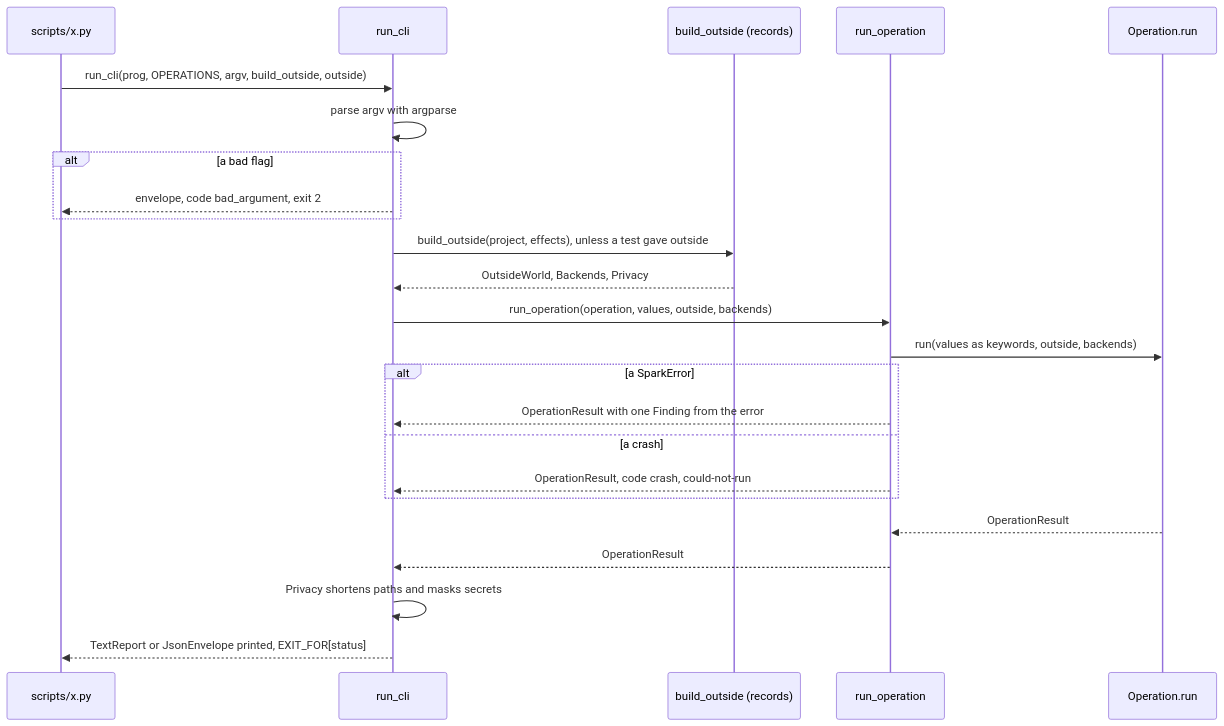
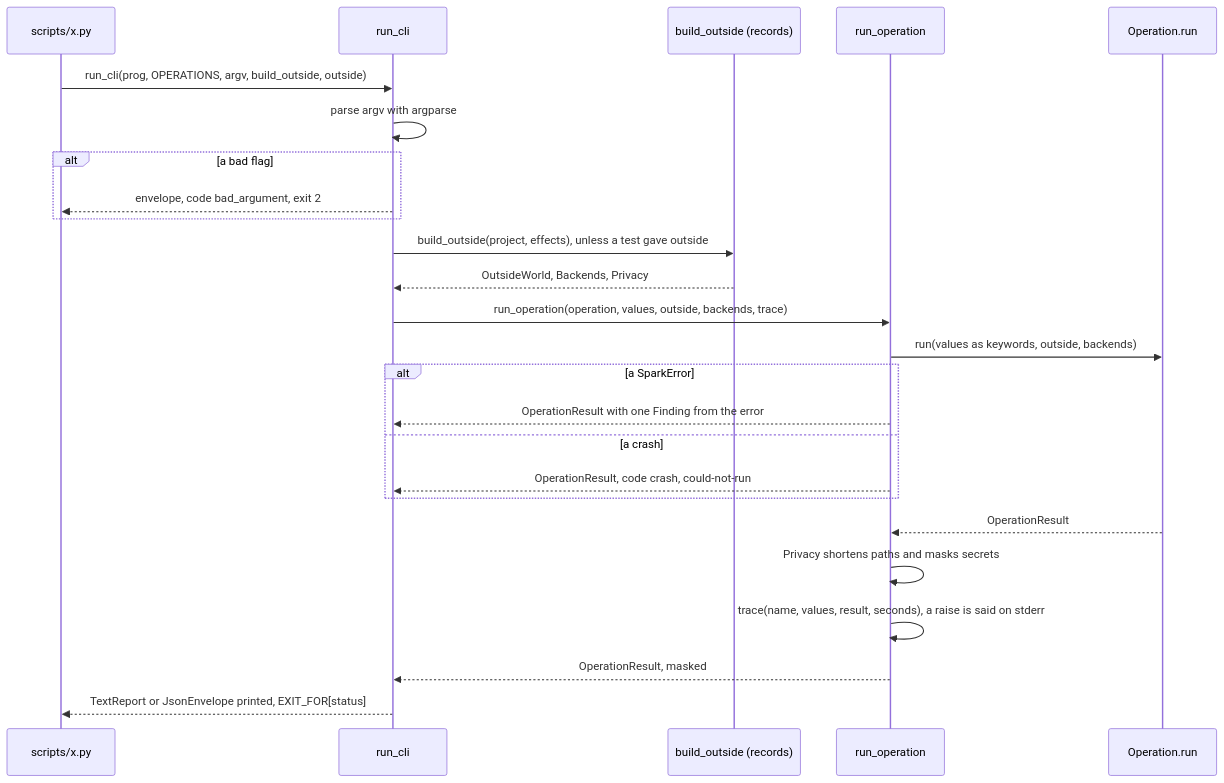
One commit to xmejkal/spark changed the second of 2 diagrams in docs/discovery/2026-10-19-p323-target-architecture/architecture/areas/core.md. Above: the diagram before and after it, drawn with Mermaid. The commit also changed other lines of this file and 13 other files, not shown here.

````diff
--- a/docs/discovery/2026-10-19-p323-target-architecture/architecture/areas/core.md
+++ b/docs/discovery/2026-10-19-p323-target-architecture/architecture/areas/core.md
@@ -116,26 +119,27 @@
 ```mermaid
 sequenceDiagram
   participant CLI as scripts/x.py
   participant RC as run_cli
   participant B as build_outside (records)
   participant RO as run_operation
   participant OP as Operation.run
   CLI->>RC: run_cli(prog, OPERATIONS, argv, build_outside, outside)
   RC->>RC: parse argv with argparse
   alt a bad flag
     RC-->>CLI: envelope, code bad_argument, exit 2
   end
   RC->>B: build_outside(project, effects), unless a test gave outside
   B-->>RC: OutsideWorld, Backends, Privacy
-  RC->>RO: run_operation(operation, values, outside, backends)
+  RC->>RO: run_operation(operation, values, outside, backends, trace)
   RO->>OP: run(values as keywords, outside, backends)
   alt a SparkError
     RO-->>RC: OperationResult with one Finding from the error
   else a crash
     RO-->>RC: OperationResult, code crash, could-not-run
   end
   OP-->>RO: OperationResult
-  RO-->>RC: OperationResult
-  RC->>RC: Privacy shortens paths and masks secrets
+  RO->>RO: Privacy shortens paths and masks secrets
+  RO->>RO: trace(name, values, result, seconds), a raise is said on stderr
+  RO-->>RC: OperationResult, masked
   RC-->>CLI: TextReport or JsonEnvelope printed, EXIT_FOR[status]
 ```
````
